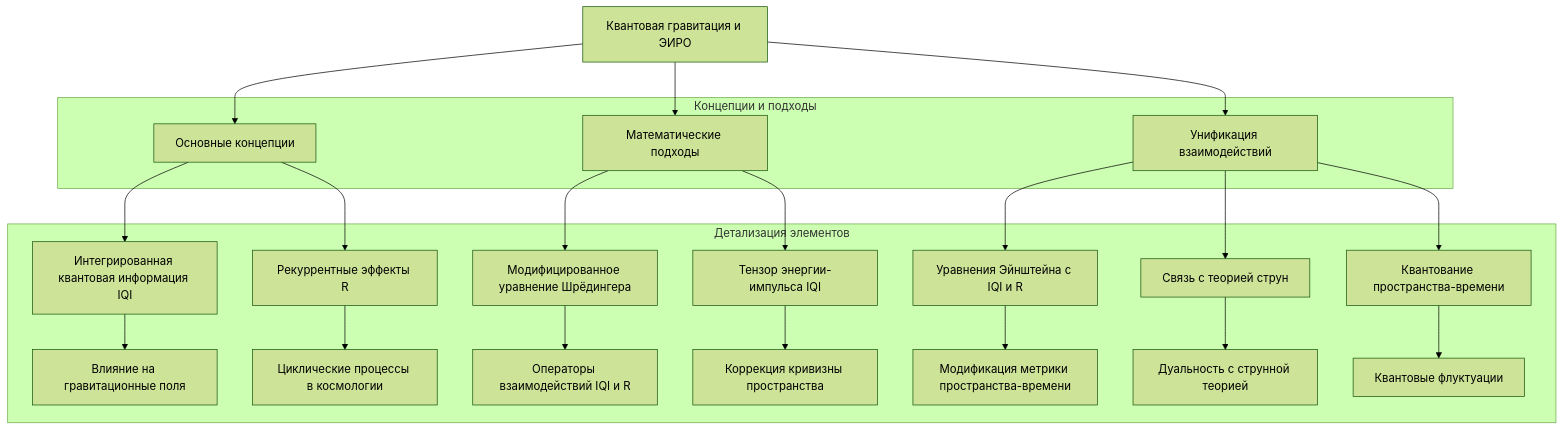
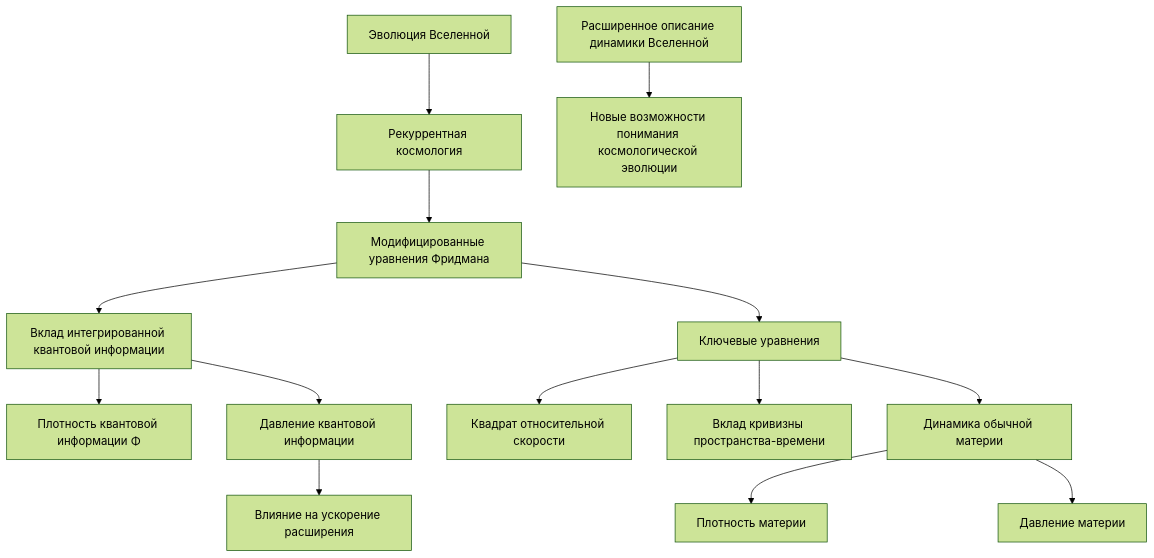
Diagram 19 of 28 in The-Theory-of-Everything.md (commeta/consciousness), drawn with Mermaid (forest theme) before and after one commit. The commit also changed other lines of this file, not shown here.

````diff
--- a/The-Theory-of-Everything.md
+++ b/The-Theory-of-Everything.md
@@ -1060,50 +654,16 @@
 ```mermaid
-graph TB
-    A[Квантовая гравитация и ЭИРО]
-    A --> B[Основные концепции]
-    A --> C[Математические подходы]
-    A --> D[Унификация взаимодействий]
-
-    B --> E[Интегрированная квантовая информация IQI]
-    B --> F[Рекуррентные эффекты R]
-
-    C --> G[Модифицированное уравнение Шрёдингера]
-    C --> H[Тензор энергии-импульса IQI]
-
-    D --> I[Уравнения Эйнштейна с IQI и R]
-    D --> J[Связь с теорией струн]
-    D --> K[Квантование пространства-времени]
-
-    E --> L[Влияние на гравитационные поля]
-    F --> M[Циклические процессы в космологии]
-
-    G --> N[Операторы взаимодействий IQI и R]
-    H --> O[Коррекция кривизны пространства]
-
-    I --> P[Модификация метрики пространства-времени]
-    J --> Q[Дуальность с струнной теорией]
-    K --> R[Квантовые флуктуации]
-
-    subgraph Концепции и подходы
-        B
-        C
-        D
-    end
-
-    subgraph Детализация элементов
-        E
-        F
-        G
-        H
-        I
-        J
-        K
-        L
-        M
-        N
-        O
-        P
-        Q
-        R
-    end
+graph TD
+    A[Эволюция Вселенной] --> B[Рекуррентная космология]
+    B --> C[Модифицированные уравнения Фридмана]
+    C --> D[Вклад интегрированной квантовой информации]
+    D --> E[Плотность квантовой информации Φ]
+    D --> F[Давление квантовой информации]
+    C --> G[Ключевые уравнения]
+    G --> H[Квадрат относительной скорости]
+    G --> I[Вклад кривизны пространства-времени]
+    G --> J[Динамика обычной материи]
+    J --> K[Плотность материи]
+    J --> L[Давление материи]
+    F --> M[Влияние на ускорение расширения]
+    N[Расширенное описание динамики Вселенной] --> O[Новые возможности понимания космологической эволюции]
 ```
````
